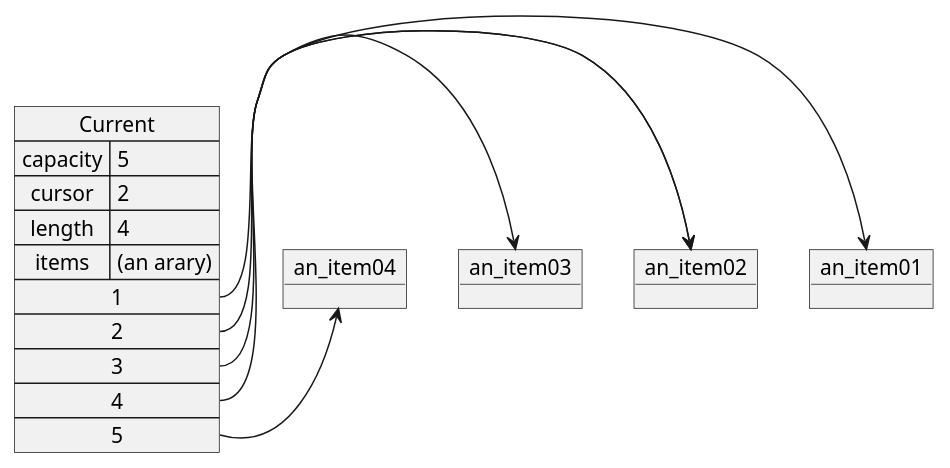
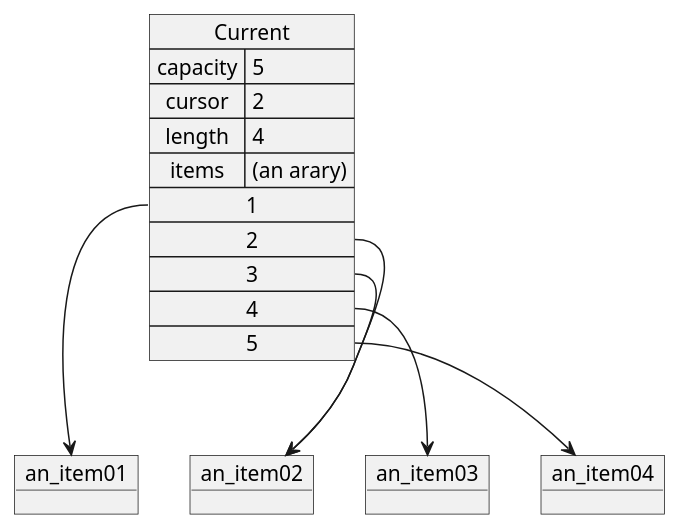
The seventh of 11 diagrams in docs/6_Lists.md (elviejo79/literate_pro_for_beeminder), drawn with PlantUML before and after one commit. The commit also changed other lines of this file and 3 other files, not shown here.

````diff
--- a/docs/6_Lists.md
+++ b/docs/6_Lists.md
@@ -1090,20 +1049,20 @@
 ```plantuml
 @startuml
 object an_item01
 object an_item02
 object an_item03
 object an_item04
 
 map Current {
     capacity => 5
     cursor => 2
     length => 4
     items => (an arary)
-    1 *-> an_item01
-    2 *-> an_item02
-    3 *-> an_item02
-    4 *-> an_item03
-    5 *-> an_item04
+    1 *--> an_item01
+    2 *--> an_item02
+    3 *--> an_item02
+    4 *--> an_item03
+    5 *--> an_item04
 }
 @enduml
 ```
````
